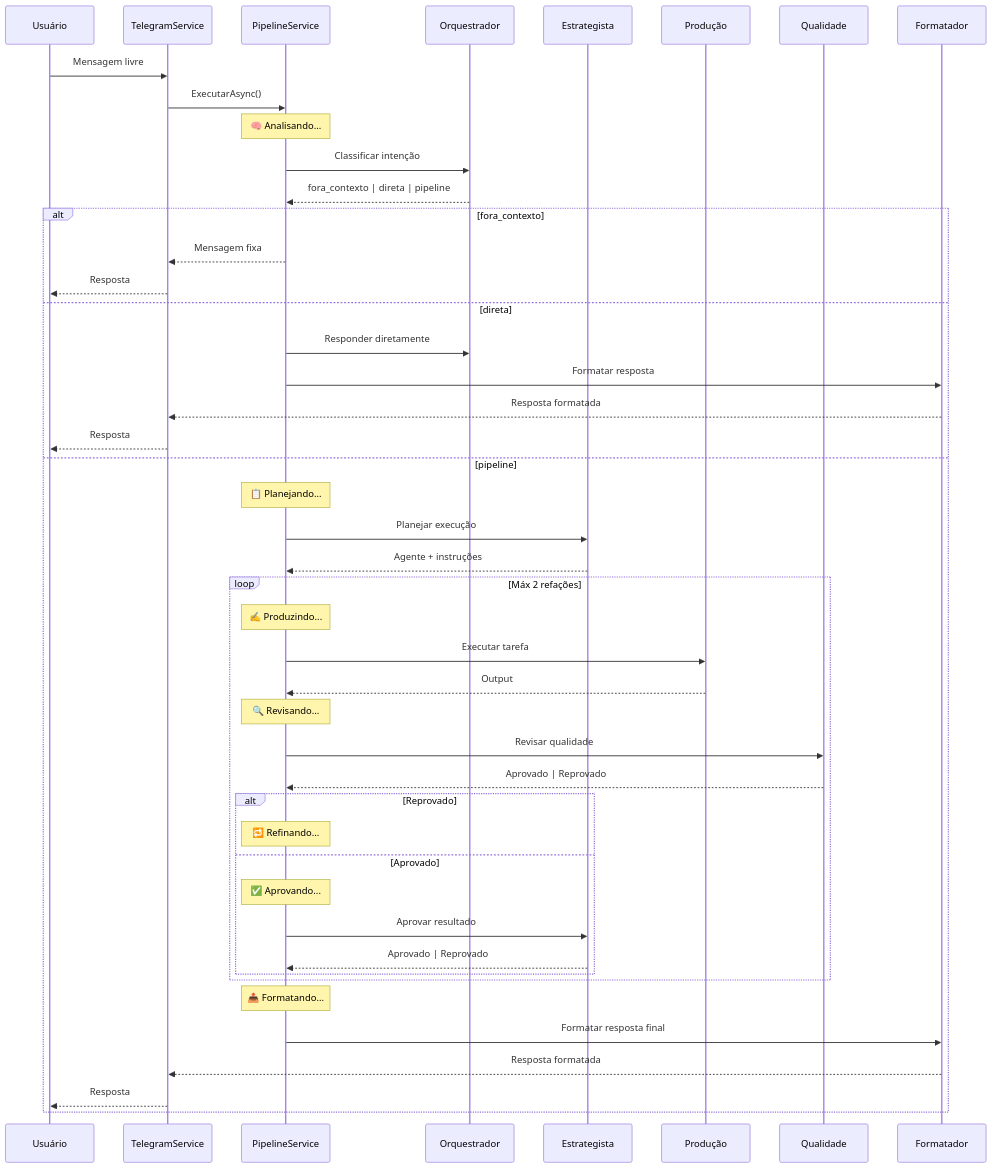
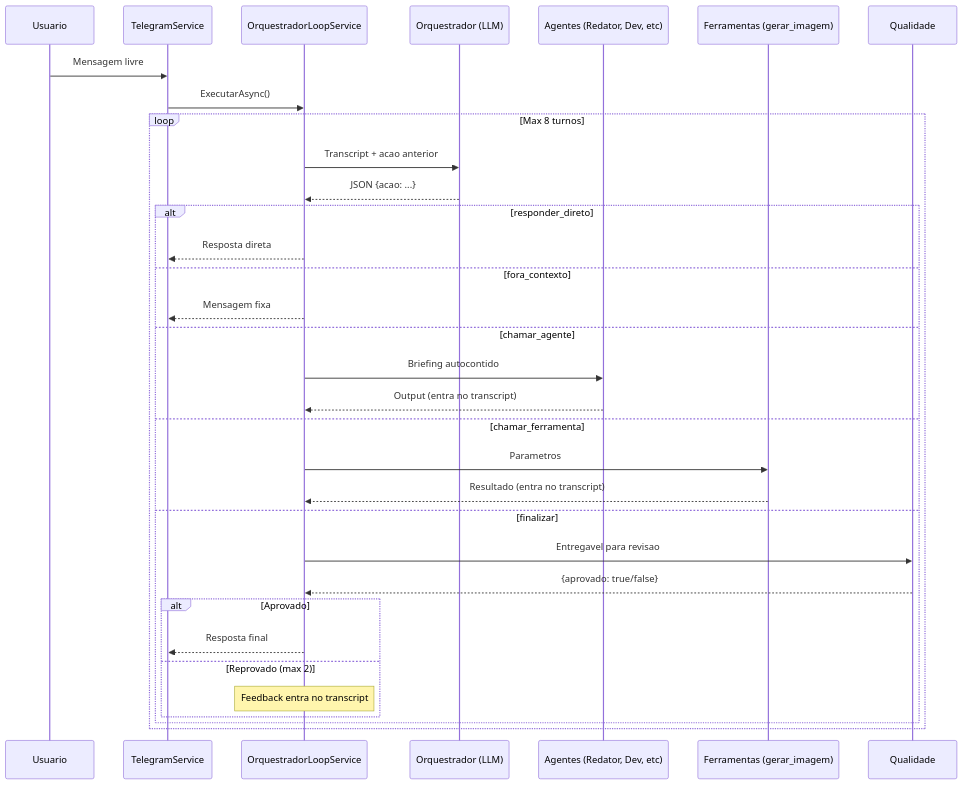
One commit to joaopedro-marques/suspira.fluxo.demo changed the second of 16 diagrams in docs/ARCHITECTURE.md. Above: the diagram before and after it, drawn with Mermaid. The commit also changed other lines of this file and 1 other file, not shown here.

First line of the commit message:
docs: update architecture and config for orchestrator loop

````diff
--- a/docs/ARCHITECTURE.md
+++ b/docs/ARCHITECTURE.md
@@ -57,55 +57,38 @@
 ```mermaid
 sequenceDiagram
-    participant U as Usuário
+    participant U as Usuario
     participant T as TelegramService
-    participant P as PipelineService
-    participant O as Orquestrador
-    participant E as Estrategista
-    participant PR as Produção
+    participant L as OrquestradorLoopService
+    participant O as Orquestrador (LLM)
+    participant A as Agentes (Redator, Dev, etc)
+    participant F as Ferramentas (gerar_imagem)
     participant Q as Qualidade
-    participant F as Formatador
-    
+
     U->>T: Mensagem livre
-    T->>P: ExecutarAsync()
-    
-    Note over P: 🧠 Analisando...
-    P->>O: Classificar intenção
-    O-->>P: fora_contexto | direta | pipeline
-    
-    alt fora_contexto
-        P-->>T: Mensagem fixa
-        T-->>U: Resposta
-    else direta
-        P->>O: Responder diretamente
-        P->>F: Formatar resposta
-        F-->>T: Resposta formatada
-        T-->>U: Resposta
-    else pipeline
-        Note over P: 📋 Planejando...
-        P->>E: Planejar execução
-        E-->>P: Agente + instruções
-        
-        loop Máx 2 refações
-            Note over P: ✍️ Produzindo...
-            P->>PR: Executar tarefa
-            PR-->>P: Output
-            
-            Note over P: 🔍 Revisando...
-            P->>Q: Revisar qualidade
-            Q-->>P: Aprovado | Reprovado
-            
-            alt Reprovado
-                Note over P: 🔁 Refinando...
-            else Aprovado
-                Note over P: ✅ Aprovando...
-                P->>E: Aprovar resultado
-                E-->>P: Aprovado | Reprovado
+    T->>L: ExecutarAsync()
+
+    loop Max 8 turnos
+        L->>O: Transcript + acao anterior
+        O-->>L: JSON {acao: ...}
+
+        alt responder_direto
+            L-->>T: Resposta direta
+        else fora_contexto
+            L-->>T: Mensagem fixa
+        else chamar_agente
+            L->>A: Briefing autocontido
+            A-->>L: Output (entra no transcript)
+        else chamar_ferramenta
+            L->>F: Parametros
+            F-->>L: Resultado (entra no transcript)
+        else finalizar
+            L->>Q: Entregavel para revisao
+            Q-->>L: {aprovado: true/false}
+            alt Aprovado
+                L-->>T: Resposta final
+            else Reprovado (max 2)
+                Note over L: Feedback entra no transcript
             end
         end
-        
-        Note over P: 📤 Formatando...
-        P->>F: Formatar resposta final
-        F-->>T: Resposta formatada
-        T-->>U: Resposta
     end
 ```
````
